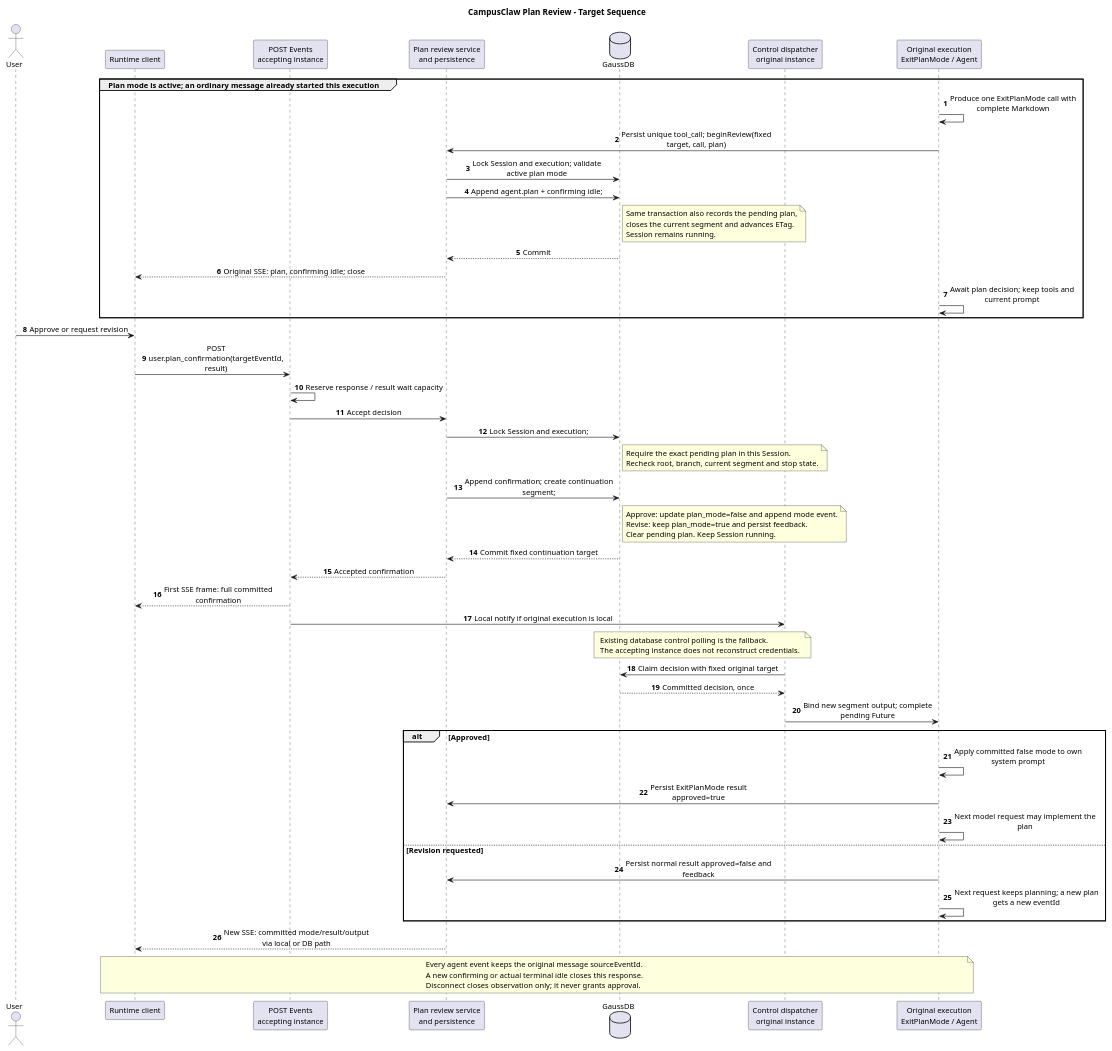
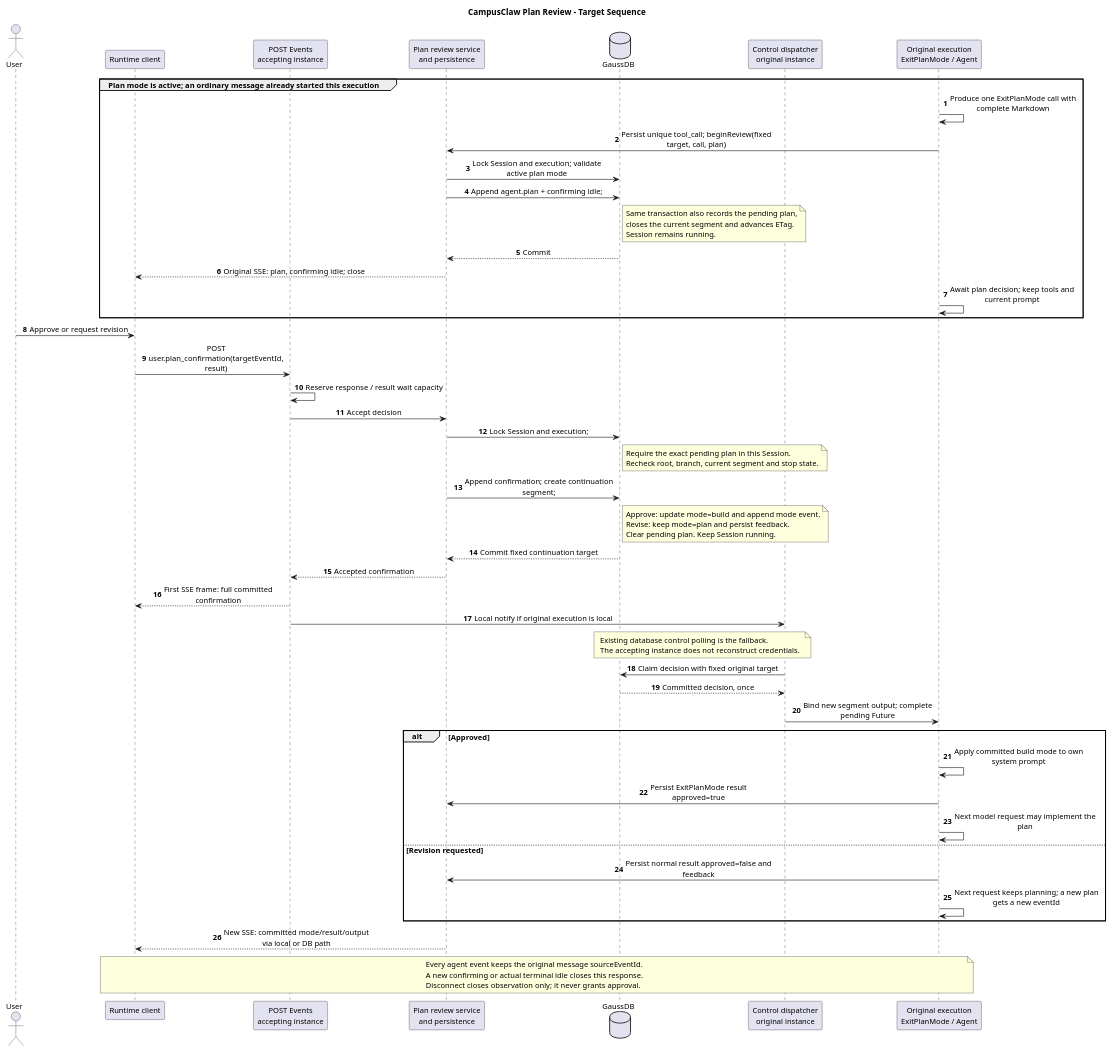
The second of 3 diagrams in 01-总体架构/06-CampusClaw计划模式/diagram.puml (ssm0808/pi-mono-java-design), drawn with PlantUML before and after one commit. The commit also changed other lines of this file and 11 other files, not shown here.

```diff
--- a/01-总体架构/06-CampusClaw计划模式/diagram.puml
+++ b/01-总体架构/06-CampusClaw计划模式/diagram.puml
@@ -165,80 +168,80 @@
 @startuml plan_mode_review_sequence
 ' Source baseline: pi-mono-java 09b32d8ea4a4b43b34be302d8b2745bdc417c9a2.
 ' Source: modules/coding-agent-cli/src/main/java/com/campusclaw/codingagent/runtimeapi/event/RuntimeControlEventService.java :: accept.
 ' Source: modules/coding-agent-cli/src/main/java/com/campusclaw/codingagent/runtimeapi/persistence/MyBatisRuntimeExecutionControlRepository.java :: markConfirming, acceptConfirmation, claimConfirmation.
 ' Source: modules/coding-agent-cli/src/main/java/com/campusclaw/codingagent/runtimeapi/runtime/RuntimeSessionControlDispatcher.java :: dispatchConfirmation.
 ' Observed behavior: tool confirmation closes one response and resumes through a new fixed segment.
 ' Design reason: target-only plan review reuses this transport and durable handoff.
 ' Java divergence: immutable plan event identity is the approval target; tool permissions remain separate.
 title CampusClaw Plan Review - Target Sequence
 skinparam backgroundColor #FFFFFF
 skinparam defaultFontName SansSerif
 skinparam defaultFontSize 13
 skinparam shadowing false
 skinparam sequenceMessageAlign center
 skinparam maxMessageSize 260
 autonumber
 actor User
 participant "Runtime client" as UI
 participant "POST Events\naccepting instance" as API
 participant "Plan review service\nand persistence" as Service
 database GaussDB as DB
 participant "Control dispatcher\noriginal instance" as Dispatcher
 participant "Original execution\nExitPlanMode / Agent" as Agent
 
 group Plan mode is active; an ordinary message already started this execution
   Agent -> Agent : Produce one ExitPlanMode call with complete Markdown
   Agent -> Service : Persist unique tool_call; beginReview(fixed target, call, plan)
   Service -> DB : Lock Session and execution; validate active plan mode
   Service -> DB : Append agent.plan + confirming idle;
   note right of DB
     Same transaction also records the pending plan,
     closes the current segment and advances ETag.
     Session remains running.
   end note
   DB --> Service : Commit
   Service --> UI : Original SSE: plan, confirming idle; close
   Agent -> Agent : Await plan decision; keep tools and current prompt
 end
 
 User -> UI : Approve or request revision
 UI -> API : POST user.plan_confirmation(targetEventId, result)
 API -> API : Reserve response / result wait capacity
 API -> Service : Accept decision
 Service -> DB : Lock Session and execution;
 note right of DB
   Require the exact pending plan in this Session.
   Recheck root, branch, current segment and stop state.
 end note
 Service -> DB : Append confirmation; create continuation segment;
 note right of DB
-  Approve: update plan_mode=false and append mode event.
-  Revise: keep plan_mode=true and persist feedback.
+  Approve: update mode=build and append mode event.
+  Revise: keep mode=plan and persist feedback.
   Clear pending plan. Keep Session running.
 end note
 DB --> Service : Commit fixed continuation target
 Service --> API : Accepted confirmation
 API --> UI : First SSE frame: full committed confirmation
 API -> Dispatcher : Local notify if original execution is local
 note over DB,Dispatcher
   Existing database control polling is the fallback.
   The accepting instance does not reconstruct credentials.
 end note
 Dispatcher -> DB : Claim decision with fixed original target
 DB --> Dispatcher : Committed decision, once
 Dispatcher -> Agent : Bind new segment output; complete pending Future
 alt Approved
-  Agent -> Agent : Apply committed false mode to own system prompt
+  Agent -> Agent : Apply committed build mode to own system prompt
   Agent -> Service : Persist ExitPlanMode result approved=true
   Agent -> Agent : Next model request may implement the plan
 else Revision requested
   Agent -> Service : Persist normal result approved=false and feedback
   Agent -> Agent : Next request keeps planning; a new plan gets a new eventId
 end
 Service --> UI : New SSE: committed mode/result/output via local or DB path
 note over UI,Agent
   Every agent event keeps the original message sourceEventId.
   A new confirming or actual terminal idle closes this response.
   Disconnect closes observation only; it never grants approval.
 end note
 @enduml
```
